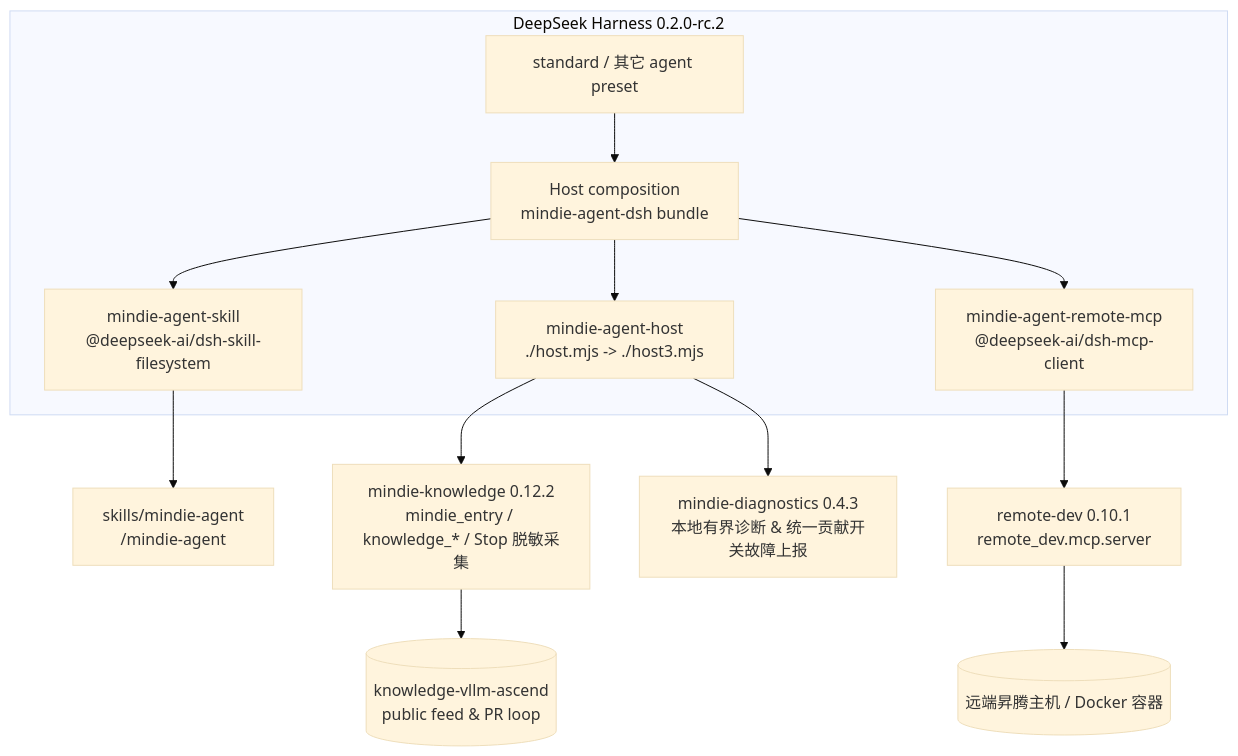
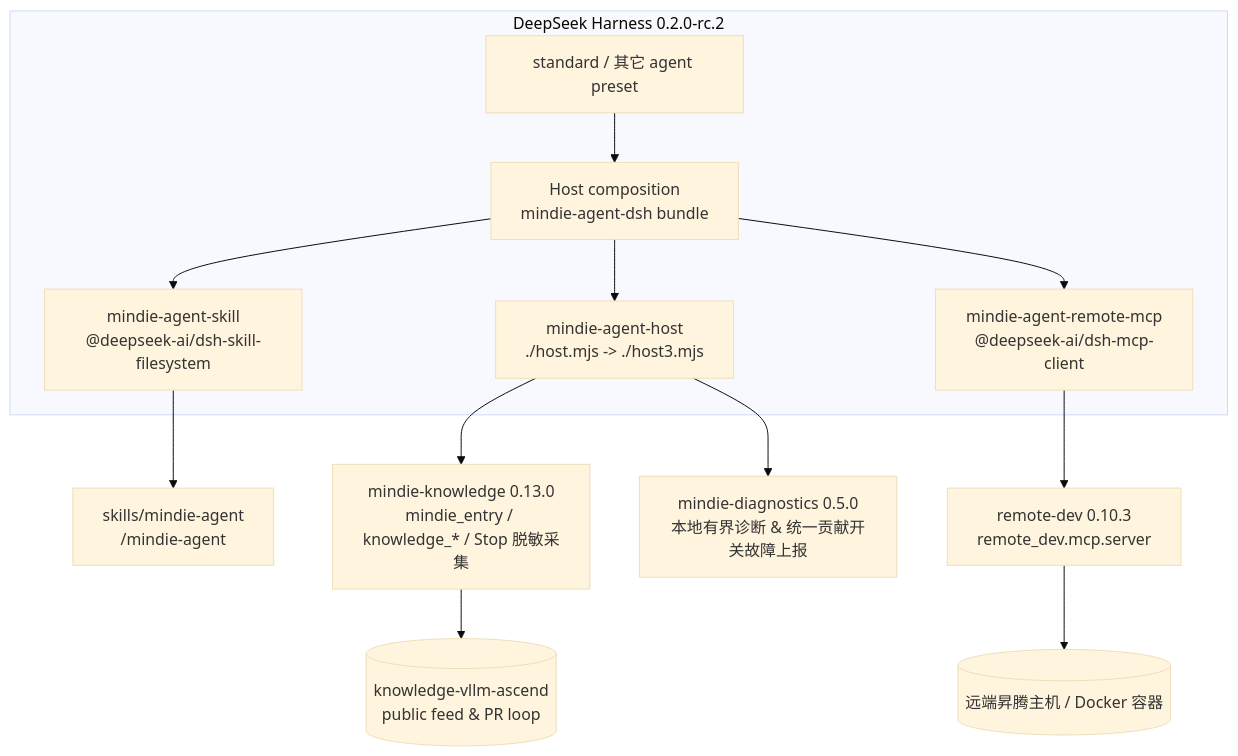
One commit to mindie-agent/mindie-agent-dsh changed the diagram in README.md. Above: the diagram before and after it, drawn with Mermaid (base theme). The commit also changed other lines of this file and 15 other files, not shown here.

````diff
--- a/README.md
+++ b/README.md
@@ -142,20 +142,20 @@
 ```mermaid
 flowchart TB
   subgraph DSH["DeepSeek Harness 0.2.0-rc.2"]
     HOST["Host composition<br/>mindie-agent-dsh bundle"]
     STD["standard / 其它 agent preset"]
     SKILL["mindie-agent-skill<br/>@deepseek-ai/dsh-skill-filesystem"]
     HPLUG["mindie-agent-host<br/>./host.mjs -> ./host3.mjs"]
     RMC["mindie-agent-remote-mcp<br/>@deepseek-ai/dsh-mcp-client"]
     STD --> HOST
     HOST --> SKILL
     HOST --> HPLUG
     HOST --> RMC
   end
   SKILL --> SK["skills/mindie-agent<br/>/mindie-agent"]
-  HPLUG --> KS["mindie-knowledge 0.12.2<br/>mindie_entry / knowledge_* / Stop 脱敏采集"]
-  HPLUG --> DIAG["mindie-diagnostics 0.4.3<br/>本地有界诊断 & 统一贡献开关故障上报"]
+  HPLUG --> KS["mindie-knowledge 0.13.0<br/>mindie_entry / knowledge_* / Stop 脱敏采集"]
+  HPLUG --> DIAG["mindie-diagnostics 0.5.0<br/>本地有界诊断 & 统一贡献开关故障上报"]
   KS --> FEED[("knowledge-vllm-ascend<br/>public feed & PR loop")]
-  RMC --> RD["remote-dev 0.10.1<br/>remote_dev.mcp.server"]
+  RMC --> RD["remote-dev 0.10.3<br/>remote_dev.mcp.server"]
   RD --> NPU[("远端昇腾主机 / Docker 容器")]
 ```
````
